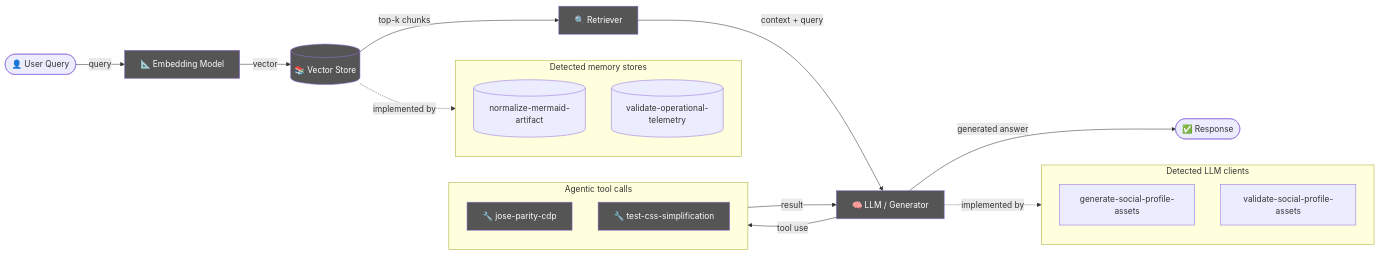
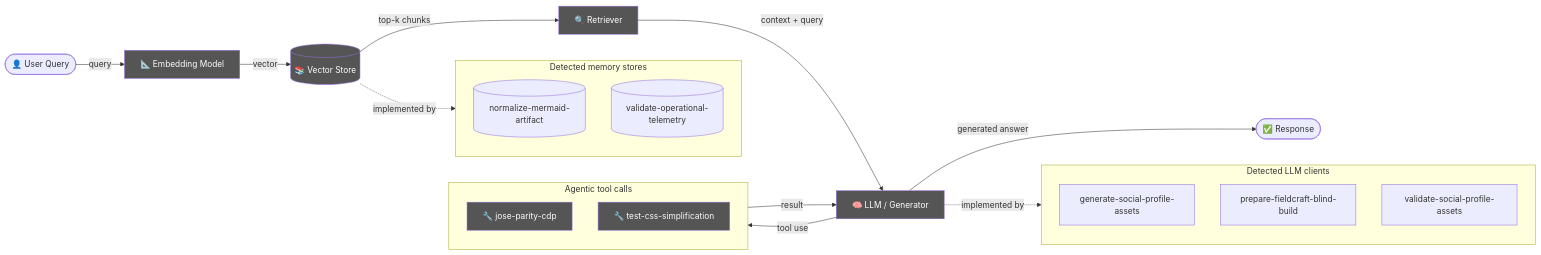
The diagram in .diagram/rag.mmd (jscraik/websites), drawn with Mermaid before and after one commit. The commit also changed 28 other files, not shown here.

```diff
--- a/.diagram/rag.mmd
+++ b/.diagram/rag.mmd
@@ -1,34 +1,35 @@
 flowchart LR
   UserQ(["👤 User Query"])
   Embed["📐 Embedding Model"]
   VecDB[("📚 Vector Store")]
   Retriever["🔍 Retriever"]
   LLMNode["🧠 LLM / Generator"]
   Output(["✅ Response"])
   UserQ -->|query| Embed
   Embed -->|vector| VecDB
   VecDB -->|top-k chunks| Retriever
   Retriever -->|context + query| LLMNode
   LLMNode -->|generated answer| Output
   subgraph DetectedMemory["Detected memory stores"]
     det_detectedmemory_normalize_mermaid_artifact_9dba7231[("normalize-mermaid-artifact")]
     det_detectedmemory_validate_operational_telemetry_cb447bde[("validate-operational-telemetry")]
   end
   VecDB -. "implemented by" .-> DetectedMemory
   subgraph DetectedLLM["Detected LLM clients"]
     det_detectedllm_generate_social_profile_assets_f4f94011["generate-social-profile-assets"]
+    det_detectedllm_prepare_fieldcraft_blind_build_8ab85212["prepare-fieldcraft-blind-build"]
     det_detectedllm_validate_social_profile_assets_a023937b["validate-social-profile-assets"]
   end
   LLMNode -. "implemented by" .-> DetectedLLM
   subgraph DetectedTools["Agentic tool calls"]
     det_detectedtools_jose_parity_cdp_bdcde21d["🔧 jose-parity-cdp"]
     det_detectedtools_test_css_simplification_05516724["🔧 test-css-simplification"]
   end
   LLMNode -->|tool use| DetectedTools
   DetectedTools -->|result| LLMNode
   classDef memNode fill:#555,color:#fff
   class VecDB,Retriever memNode
   classDef llmNode fill:#555,color:#fff
   class LLMNode,Embed llmNode
   classDef toolNode fill:#555,color:#fff
   class det_detectedtools_jose_parity_cdp_bdcde21d,det_detectedtools_test_css_simplification_05516724 toolNode
```
